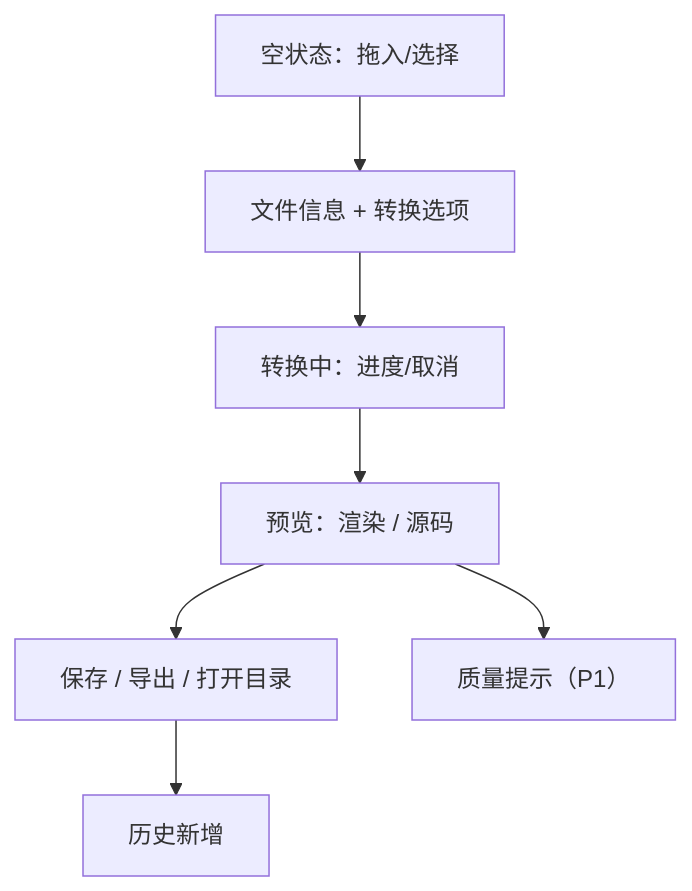
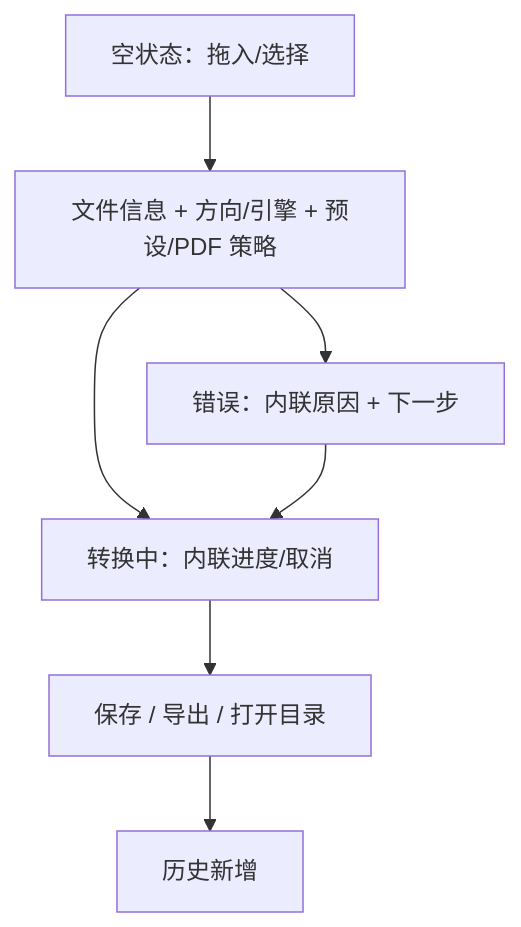
The ninth of 21 diagrams in docs/superpowers/软件功能设计说明.md (987763485/ManoDoc), drawn with Mermaid before and after one commit. The commit also changed other lines of this file and 25 other files, not shown here.

````diff
--- a/docs/superpowers/软件功能设计说明.md
+++ b/docs/superpowers/软件功能设计说明.md
@@ -370,9 +373,9 @@
 ```mermaid
 flowchart TD
-  A["空状态：拖入/选择"] --> B["文件信息 + 转换选项"]
-  B --> C["转换中：进度/取消"]
-  C --> D["预览：渲染 / 源码"]
-  D --> E["保存 / 导出 / 打开目录"]
-  D --> F["质量提示（P1）"]
+  A["空状态：拖入/选择"] --> B["文件信息 + 方向/引擎 + 预设/PDF 策略"]
+  B --> C["转换中：内联进度/取消"]
+  B --> X["错误：内联原因 + 下一步"]
+  C --> E["保存 / 导出 / 打开目录"]
+  X --> C
   E --> G["历史新增"]
 ```
````
